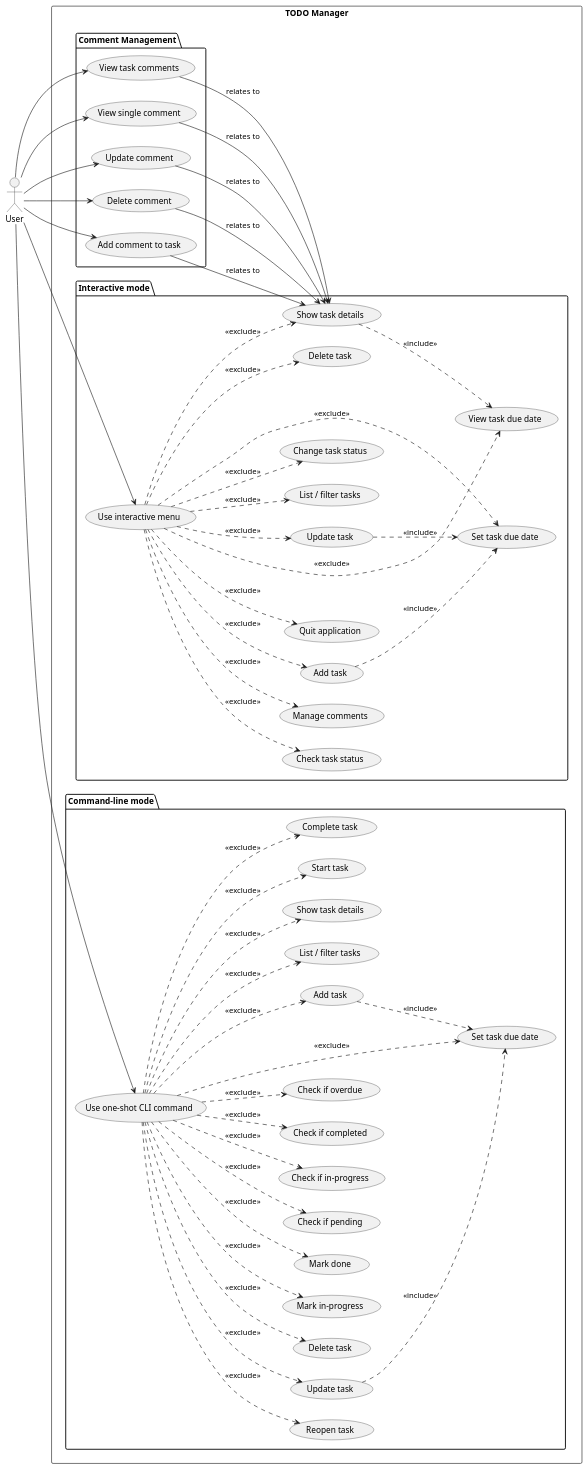
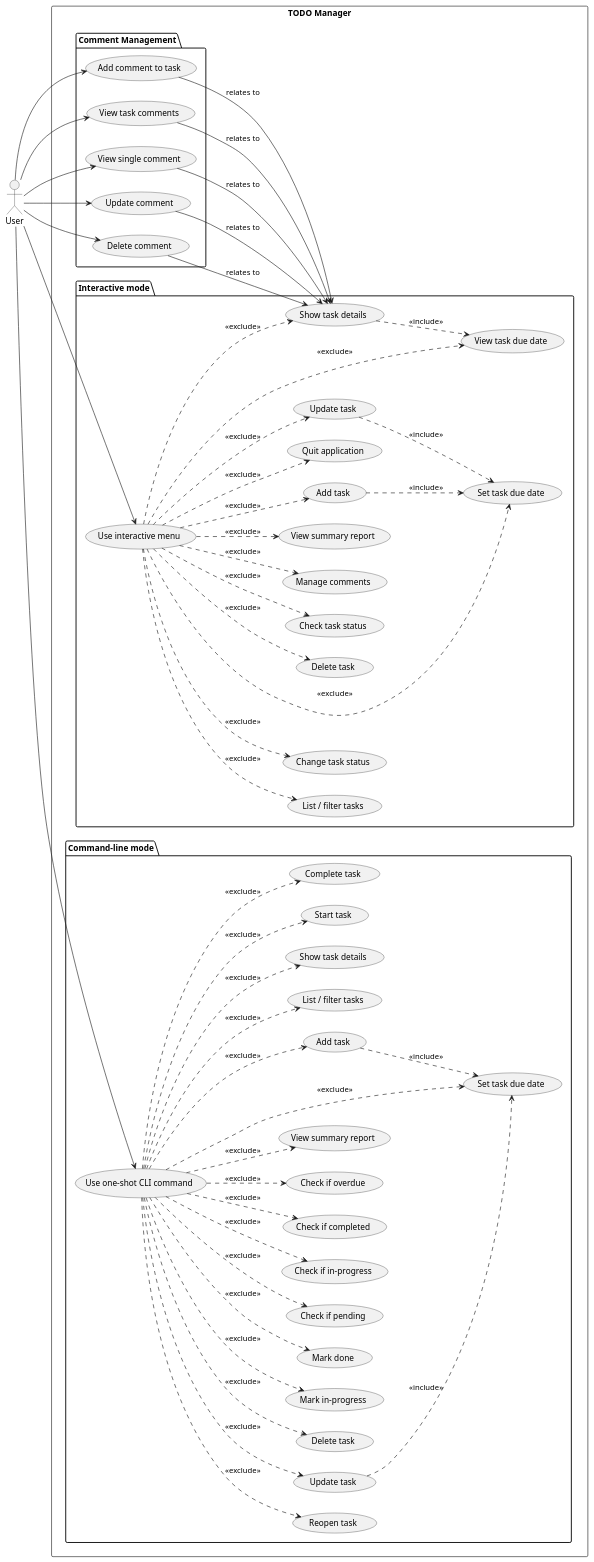
Before and after one commit to DanielRiha8906/Software_autoevolution_using_agents: the diagram in experiments/supervisor_as_tools/user_stories/TODO/artifacts/use_case_diagram.puml, drawn with PlantUML. The commit also changed 9 other files, not shown here.

```diff
--- a/experiments/supervisor_as_tools/user_stories/TODO/artifacts/use_case_diagram.puml
+++ b/experiments/supervisor_as_tools/user_stories/TODO/artifacts/use_case_diagram.puml
@@ -1,101 +1,105 @@
 @startuml use_case_diagram
 
 left to right direction
 
 actor User
 
 rectangle "TODO Manager" {
 
   package "Comment Management" {
     usecase "Add comment to task" as ADD_COMMENT
     usecase "View task comments" as VIEW_COMMENTS
     usecase "View single comment" as VIEW_COMMENT
     usecase "Update comment" as UPDATE_COMMENT
     usecase "Delete comment" as DELETE_COMMENT
   }
 
   package "Interactive mode" {
     usecase "Use interactive menu" as UI
     usecase "Add task" as I_ADD
     usecase "List / filter tasks" as I_LIST
     usecase "Show task details" as I_SHOW
     usecase "Change task status" as I_STATUS
     usecase "Update task" as I_UPDATE
     usecase "Delete task" as I_DELETE
     usecase "Check task status" as I_CHECK
     usecase "Manage comments" as I_MANAGE_COMMENTS
+    usecase "View summary report" as I_SUMMARY
     usecase "Set task due date" as I_DUEDATE
     usecase "View task due date" as I_VIEWDUE
     usecase "Quit application" as I_QUIT
   }
 
   package "Command-line mode" {
     usecase "Use one-shot CLI command" as CLI
     usecase "Add task" as C_ADD
     usecase "List / filter tasks" as C_LIST
     usecase "Show task details" as C_SHOW
     usecase "Start task" as C_START
     usecase "Complete task" as C_DONE
     usecase "Reopen task" as C_REOPEN
     usecase "Update task" as C_UPDATE
     usecase "Delete task" as C_DELETE
     usecase "Mark in-progress" as C_MARK_IN_PROG
     usecase "Mark done" as C_MARK_DONE
     usecase "Check if pending" as C_IS_PENDING
     usecase "Check if in-progress" as C_IS_IN_PROG
     usecase "Check if completed" as C_IS_COMPLETED
     usecase "Check if overdue" as C_IS_OVERDUE
+    usecase "View summary report" as C_SUMMARY
     usecase "Set task due date" as C_DUEDATE
   }
 }
 
 User --> UI
 User --> CLI
 User --> ADD_COMMENT
 User --> VIEW_COMMENTS
 User --> VIEW_COMMENT
 User --> UPDATE_COMMENT
 User --> DELETE_COMMENT
 
 ADD_COMMENT --> I_SHOW : relates to
 VIEW_COMMENTS --> I_SHOW : relates to
 VIEW_COMMENT --> I_SHOW : relates to
 UPDATE_COMMENT --> I_SHOW : relates to
 DELETE_COMMENT --> I_SHOW : relates to
 
 UI ..> I_ADD    : <<exclude>>
 UI ..> I_LIST   : <<exclude>>
 UI ..> I_SHOW   : <<exclude>>
 UI ..> I_STATUS : <<exclude>>
 UI ..> I_UPDATE : <<exclude>>
 UI ..> I_DELETE : <<exclude>>
 UI ..> I_CHECK  : <<exclude>>
 UI ..> I_MANAGE_COMMENTS : <<exclude>>
+UI ..> I_SUMMARY : <<exclude>>
 UI ..> I_DUEDATE : <<exclude>>
 UI ..> I_VIEWDUE : <<exclude>>
 UI ..> I_QUIT   : <<exclude>>
 
 I_ADD ..> I_DUEDATE : <<include>>
 I_UPDATE ..> I_DUEDATE : <<include>>
 I_SHOW ..> I_VIEWDUE : <<include>>
 
 CLI ..> C_ADD    : <<exclude>>
 CLI ..> C_LIST   : <<exclude>>
 CLI ..> C_SHOW   : <<exclude>>
 CLI ..> C_START  : <<exclude>>
 CLI ..> C_DONE   : <<exclude>>
 CLI ..> C_REOPEN : <<exclude>>
 CLI ..> C_UPDATE : <<exclude>>
 CLI ..> C_DELETE : <<exclude>>
 CLI ..> C_MARK_IN_PROG : <<exclude>>
 CLI ..> C_MARK_DONE : <<exclude>>
 CLI ..> C_IS_PENDING : <<exclude>>
 CLI ..> C_IS_IN_PROG : <<exclude>>
 CLI ..> C_IS_COMPLETED : <<exclude>>
 CLI ..> C_IS_OVERDUE : <<exclude>>
+CLI ..> C_SUMMARY : <<exclude>>
 CLI ..> C_DUEDATE : <<exclude>>
 
 C_ADD ..> C_DUEDATE : <<include>>
 C_UPDATE ..> C_DUEDATE : <<include>>
 
 @enduml
```
